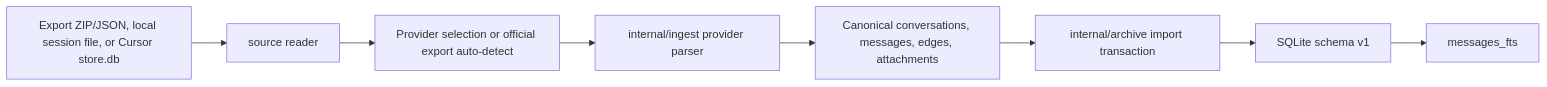
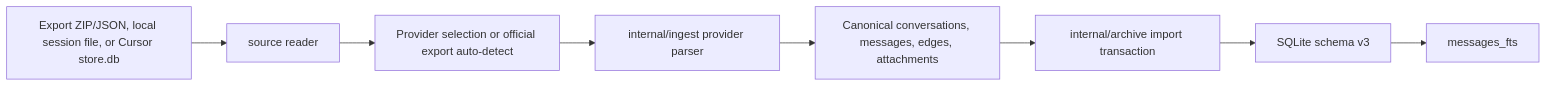
One commit to jamespheffernan/aicrawl changed the first of 3 diagrams in docs/ARCHITECTURE.md. Above: the diagram before and after it, drawn with Mermaid. The commit also changed other lines of this file and 16 other files, not shown here.

````diff
--- a/docs/ARCHITECTURE.md
+++ b/docs/ARCHITECTURE.md
@@ -52,10 +52,10 @@
 ```mermaid
 flowchart LR
   User["Export ZIP/JSON, local session file, or Cursor store.db"] --> Source["source reader"]
   Source --> Detect["Provider selection or official export auto-detect"]
   Detect --> Parser["internal/ingest provider parser"]
   Parser --> Canonical["Canonical conversations, messages, edges, attachments"]
   Canonical --> Archive["internal/archive import transaction"]
-  Archive --> SQLite["SQLite schema v1"]
+  Archive --> SQLite["SQLite schema v3"]
   SQLite --> FTS["messages_fts"]
 ```
````
